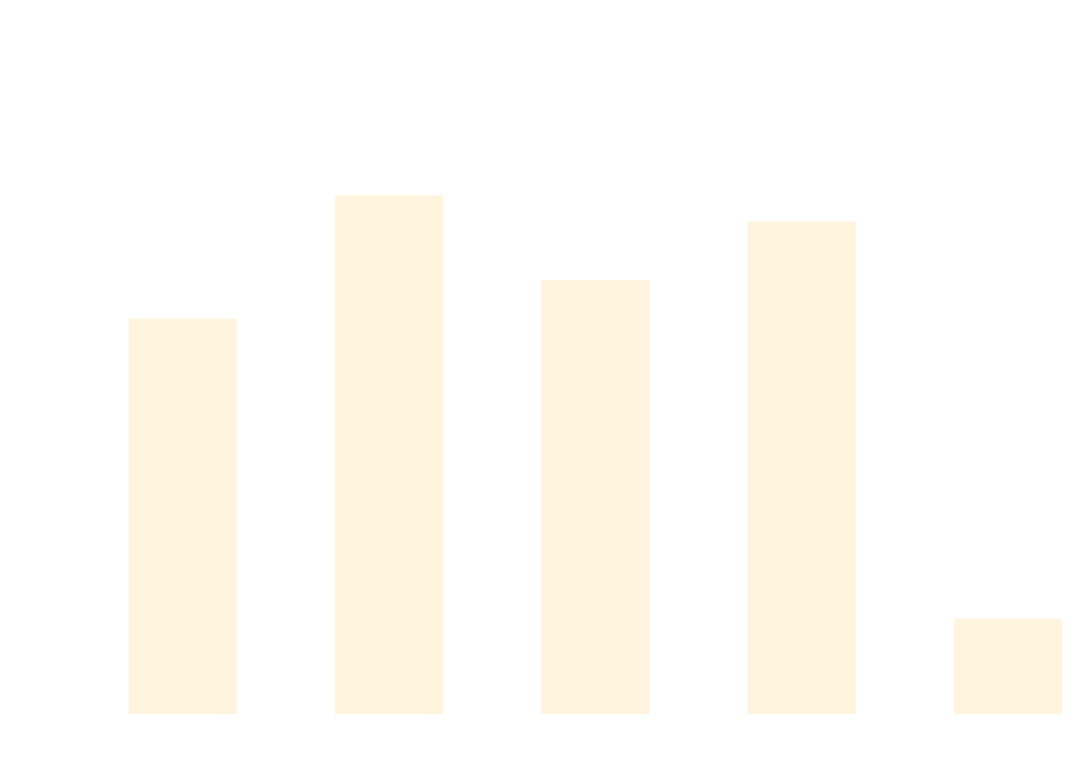
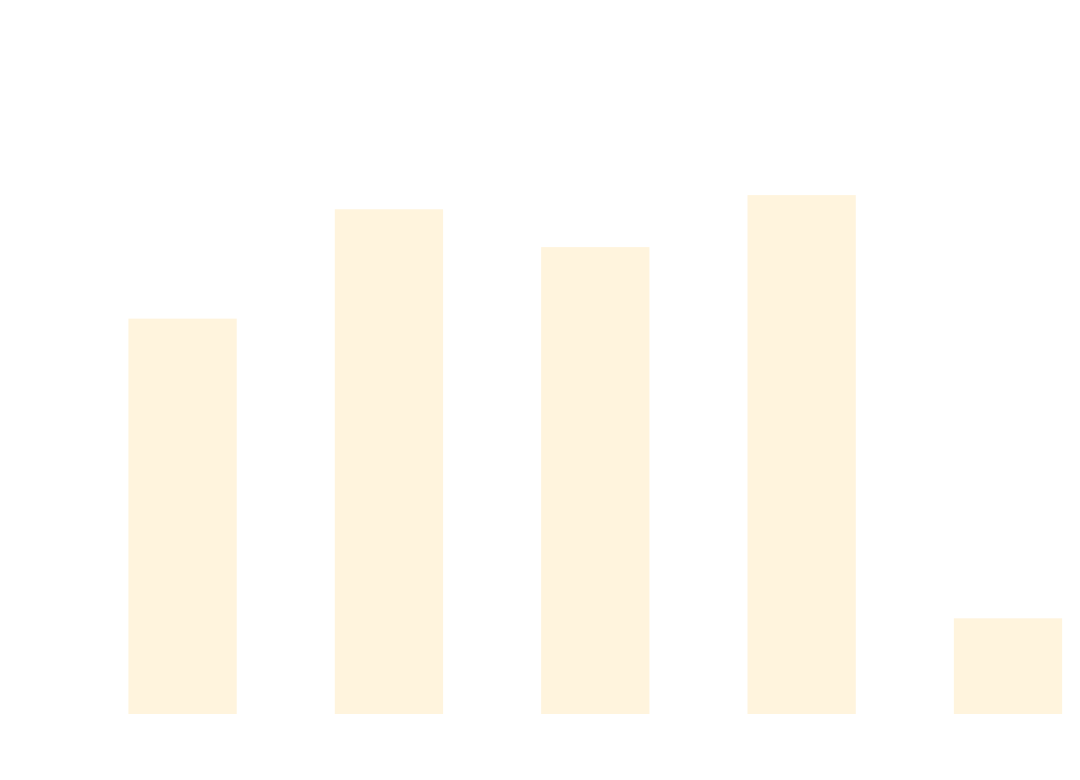
The diagram in docs/docs/benchmarks/AsyncTests.md (thomhurst/TUnit), drawn with Mermaid before and after one commit. The commit also changed other lines of this file and 17 other files, not shown here.

````diff
--- a/docs/docs/benchmarks/AsyncTests.md
+++ b/docs/docs/benchmarks/AsyncTests.md
@@ -27,37 +27,37 @@
 ```mermaid
 %%{init: {
   'theme':'base',
   'themeVariables': {
     'primaryColor': '#2563eb',
     'primaryTextColor': '#ffffff',
     'primaryBorderColor': '#1e40af',
     'lineColor': '#6b7280',
     'secondaryColor': '#7c3aed',
     'tertiaryColor': '#dc2626',
     'background': '#ffffff',
     'mainBkg': '#2563eb',
     'secondBkg': '#7c3aed',
     'tertiaryBkg': '#dc2626',
     'clusterBkg': '#f3f4f6',
     'edgeLabelBackground': '#ffffff',
     'tertiaryTextColor': '#1f2937',
     'pie1': '#2563eb',
     'pie2': '#7c3aed',
     'pie3': '#dc2626',
     'pie4': '#f59e0b',
     'pie5': '#10b981',
     'pie6': '#06b6d4',
     'pie7': '#ec4899',
     'pie8': '#6366f1',
     'pie9': '#84cc16',
     'pie10': '#f97316',
     'pie11': '#14b8a6',
     'pie12': '#a855f7'
   }
 }}%%
 xychart-beta
   title "AsyncTests Performance Comparison"
   x-axis ["TUnit", "NUnit", "MSTest", "xUnit3", "TUnit_AOT"]
-  y-axis "Time (ms)" 0 --> 908
-  bar [571.8, 756.4, 629.8, 717.4, 123.7]
+  y-axis "Time (ms)" 0 --> 896
+  bar [564.3, 725.6, 669.8, 746.5, 122.3]
 ```
````
